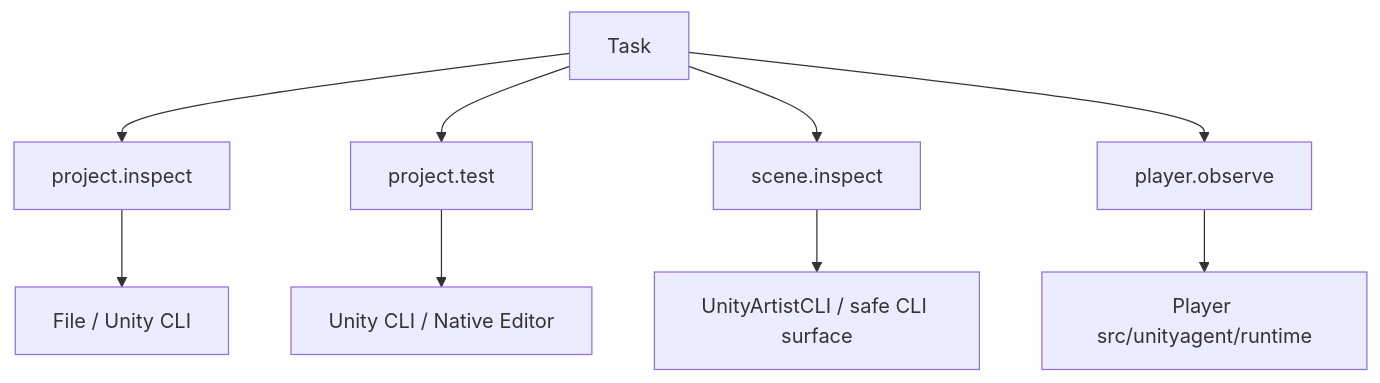
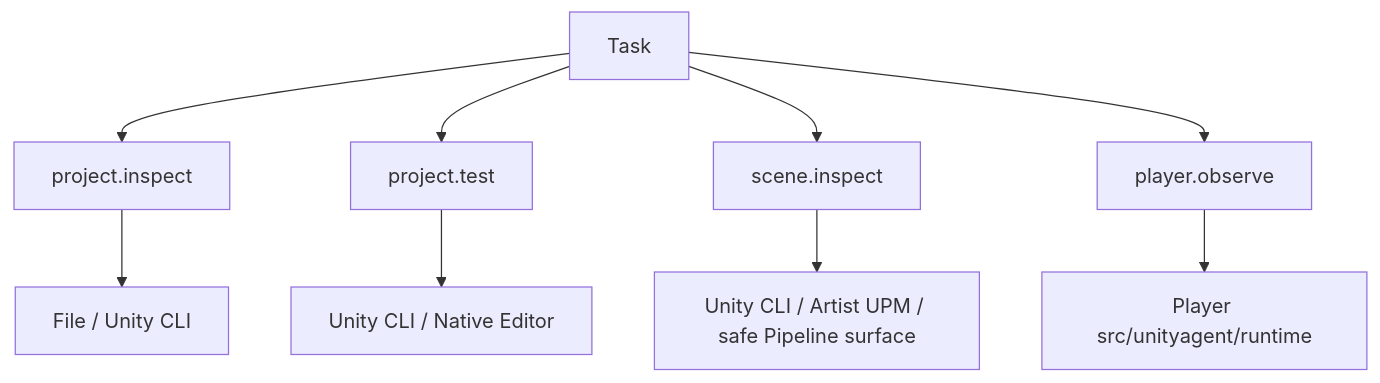
Before and after one commit to DarumaPPAP/UnityAgent: the second of 5 diagrams in docs/unity-environment-adaptation.md, drawn with Mermaid. The commit also changed other lines of this file and 343 other files, not shown here.

````diff
--- a/docs/unity-environment-adaptation.md
+++ b/docs/unity-environment-adaptation.md
@@ -111,12 +111,12 @@
 ```mermaid
 flowchart TD
     T[Task] --> C1[project.inspect]
     T --> C2[project.test]
     T --> C3[scene.inspect]
     T --> C4[player.observe]
 
     C1 --> P1[File / Unity CLI]
     C2 --> P2[Unity CLI / Native Editor]
-    C3 --> P3[UnityArtistCLI / safe CLI surface]
+    C3 --> P3[Unity CLI / Artist UPM / safe Pipeline surface]
     C4 --> P4[Player src/unityagent/runtime]
 ```
````
